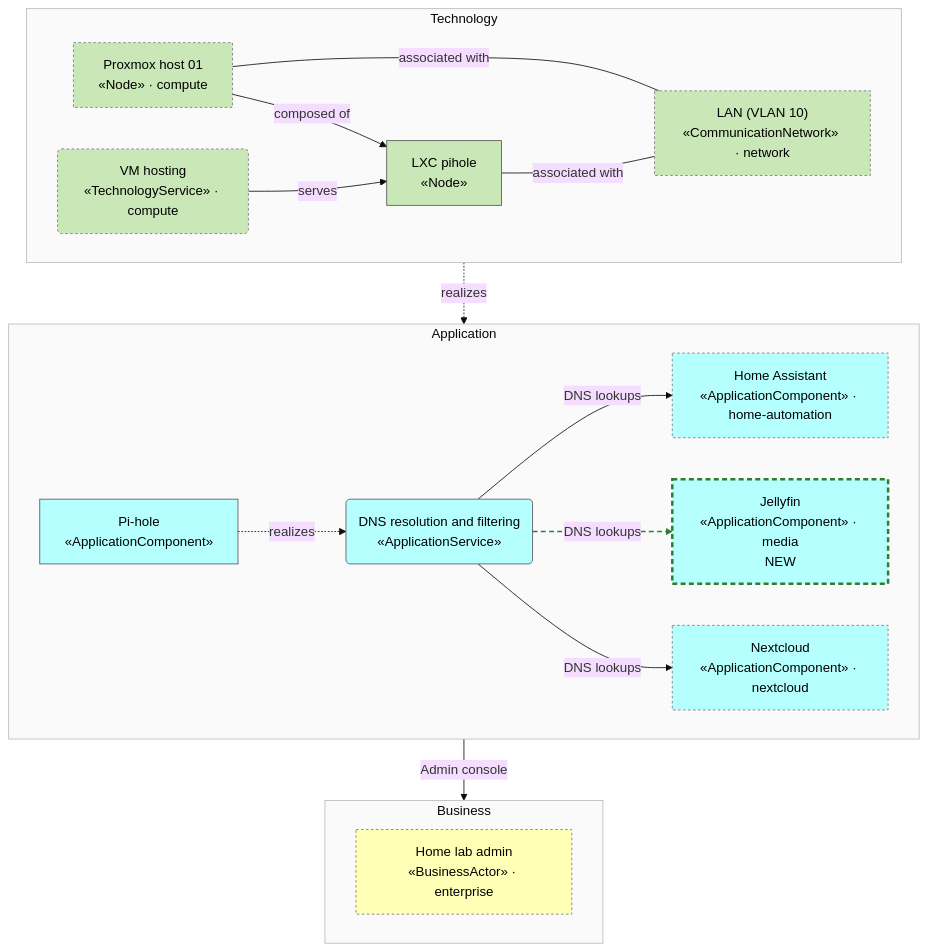
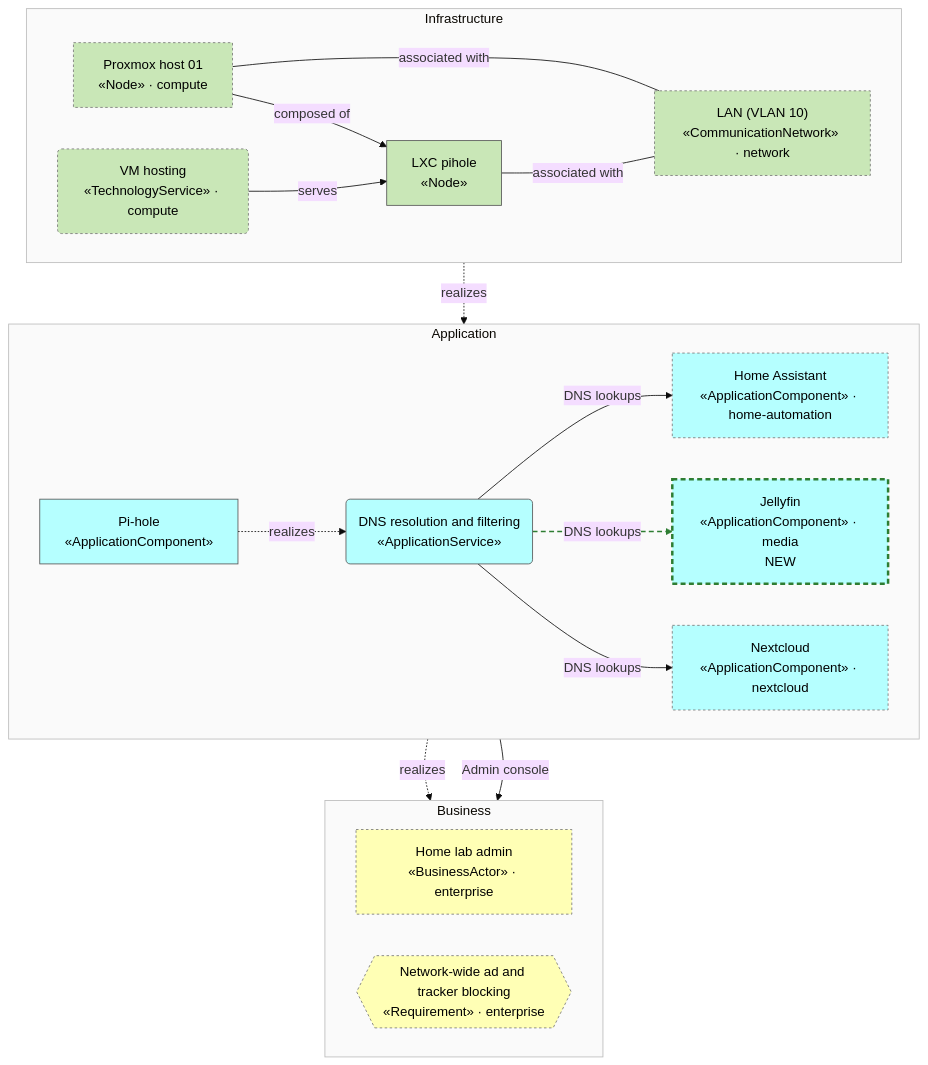
Before and after one commit to b-zig/a4m: the first of 3 diagrams in docs/dns/view-overview.md, drawn with Mermaid (base theme). The commit also changed other lines of this file and 83 other files, not shown here.

````diff
--- a/docs/dns/view-overview.md
+++ b/docs/dns/view-overview.md
@@ -8,46 +8,48 @@
 ```mermaid
 flowchart TB
   subgraph layer_business["Business"]
     direction LR
     enterprise__bus_admin["Home lab admin<br/>«BusinessActor» · enterprise"]
+    enterprise__bus_req_dns_filter{{"Network-wide ad and tracker blocking<br/>«Requirement» · enterprise"}}
   end
   subgraph layer_application["Application"]
     direction LR
     app_pihole["Pi-hole<br/>«ApplicationComponent»"]
     app_svc_dns("DNS resolution and filtering<br/>«ApplicationService»")
     home_automation__app_home_assistant["Home Assistant<br/>«ApplicationComponent» · home-automation"]
     media__app_jellyfin["Jellyfin<br/>«ApplicationComponent» · media<br/>NEW"]
     nextcloud__app_nextcloud["Nextcloud<br/>«ApplicationComponent» · nextcloud"]
   end
-  subgraph layer_technology["Technology"]
+  subgraph layer_infrastructure["Infrastructure"]
     direction LR
-    tech_lxc_pihole["LXC pihole<br/>«Node»"]
-    compute__tech_pve_01["Proxmox host 01<br/>«Node» · compute"]
-    compute__tech_svc_vm_hosting("VM hosting<br/>«TechnologyService» · compute")
-    network__tech_net_lan["LAN (VLAN 10)<br/>«CommunicationNetwork» · network"]
+    infra_lxc_pihole["LXC pihole<br/>«Node»"]
+    compute__infra_pve_01["Proxmox host 01<br/>«Node» · compute"]
+    compute__infra_svc_vm_hosting("VM hosting<br/>«TechnologyService» · compute")
+    network__infra_net_lan["LAN (VLAN 10)<br/>«CommunicationNetwork» · network"]
   end
   app_pihole -.->|"realizes"| app_svc_dns
+  app_pihole -.->|"realizes"| enterprise__bus_req_dns_filter
   app_svc_dns -->|"Admin console"| enterprise__bus_admin
-  tech_lxc_pihole -.->|"realizes"| app_pihole
-  compute__tech_pve_01 -->|"composed of"| tech_lxc_pihole
-  compute__tech_svc_vm_hosting -->|"serves"| tech_lxc_pihole
-  tech_lxc_pihole ---|"associated with"| network__tech_net_lan
-  compute__tech_pve_01 ---|"associated with"| network__tech_net_lan
+  infra_lxc_pihole -.->|"realizes"| app_pihole
+  compute__infra_pve_01 -->|"composed of"| infra_lxc_pihole
+  compute__infra_svc_vm_hosting -->|"serves"| infra_lxc_pihole
+  infra_lxc_pihole ---|"associated with"| network__infra_net_lan
+  compute__infra_pve_01 ---|"associated with"| network__infra_net_lan
   app_svc_dns -->|"DNS lookups"| home_automation__app_home_assistant
   app_svc_dns -->|"DNS lookups"| media__app_jellyfin
   app_svc_dns -->|"DNS lookups"| nextcloud__app_nextcloud
   classDef business fill:#FFFFB5,stroke:#555,color:#000
-  class enterprise__bus_admin business
+  class enterprise__bus_admin,enterprise__bus_req_dns_filter business
   style layer_business fill:#fafafa,stroke:#bbb
   classDef application fill:#B5FFFF,stroke:#555,color:#000
   class app_pihole,app_svc_dns,home_automation__app_home_assistant,media__app_jellyfin,nextcloud__app_nextcloud application
   style layer_application fill:#fafafa,stroke:#bbb
-  classDef technology fill:#C9E7B7,stroke:#555,color:#000
-  class tech_lxc_pihole,compute__tech_pve_01,compute__tech_svc_vm_hosting,network__tech_net_lan technology
-  style layer_technology fill:#fafafa,stroke:#bbb
+  classDef infrastructure fill:#C9E7B7,stroke:#555,color:#000
+  class infra_lxc_pihole,compute__infra_pve_01,compute__infra_svc_vm_hosting,network__infra_net_lan infrastructure
+  style layer_infrastructure fill:#fafafa,stroke:#bbb
   classDef foreign stroke:#777,stroke-dasharray:3 3
-  class compute__tech_pve_01,compute__tech_svc_vm_hosting,enterprise__bus_admin,home_automation__app_home_assistant,media__app_jellyfin,network__tech_net_lan,nextcloud__app_nextcloud foreign
+  class compute__infra_pve_01,compute__infra_svc_vm_hosting,enterprise__bus_admin,enterprise__bus_req_dns_filter,home_automation__app_home_assistant,media__app_jellyfin,network__infra_net_lan,nextcloud__app_nextcloud foreign
   classDef st_new stroke:#2e7d32,stroke-width:3px,stroke-dasharray:6 4
   class media__app_jellyfin st_new
-  linkStyle 8 stroke:#2e7d32,stroke-width:2px,stroke-dasharray:6 4
+  linkStyle 9 stroke:#2e7d32,stroke-width:2px,stroke-dasharray:6 4
 ```
````
